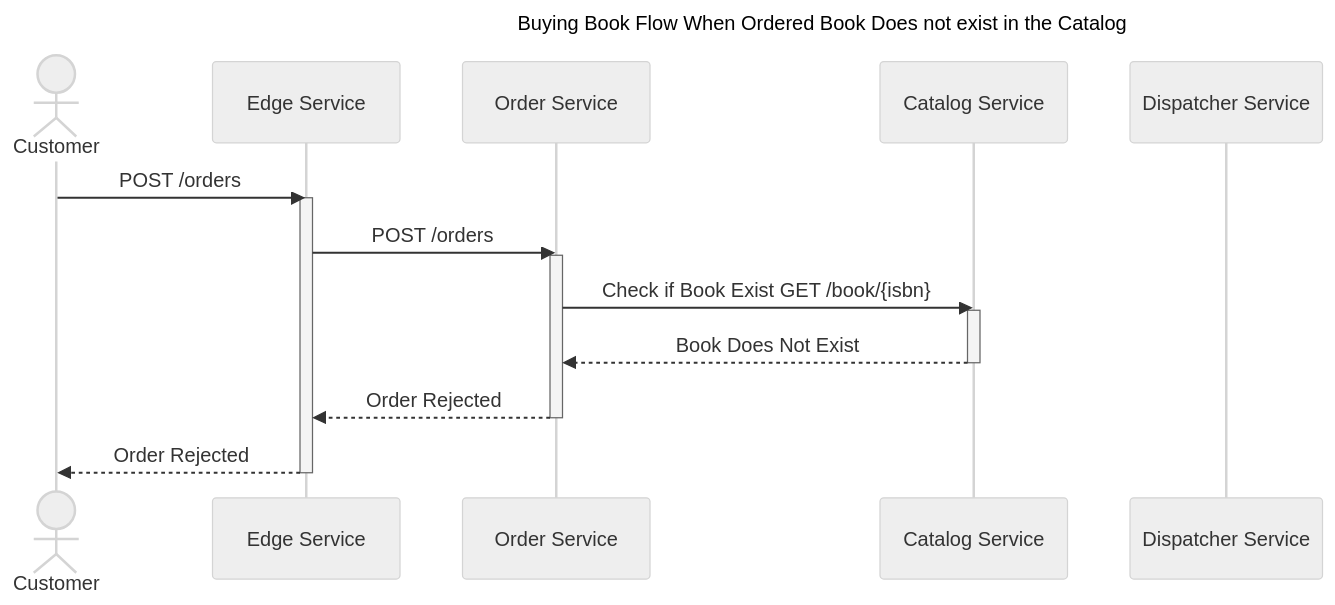
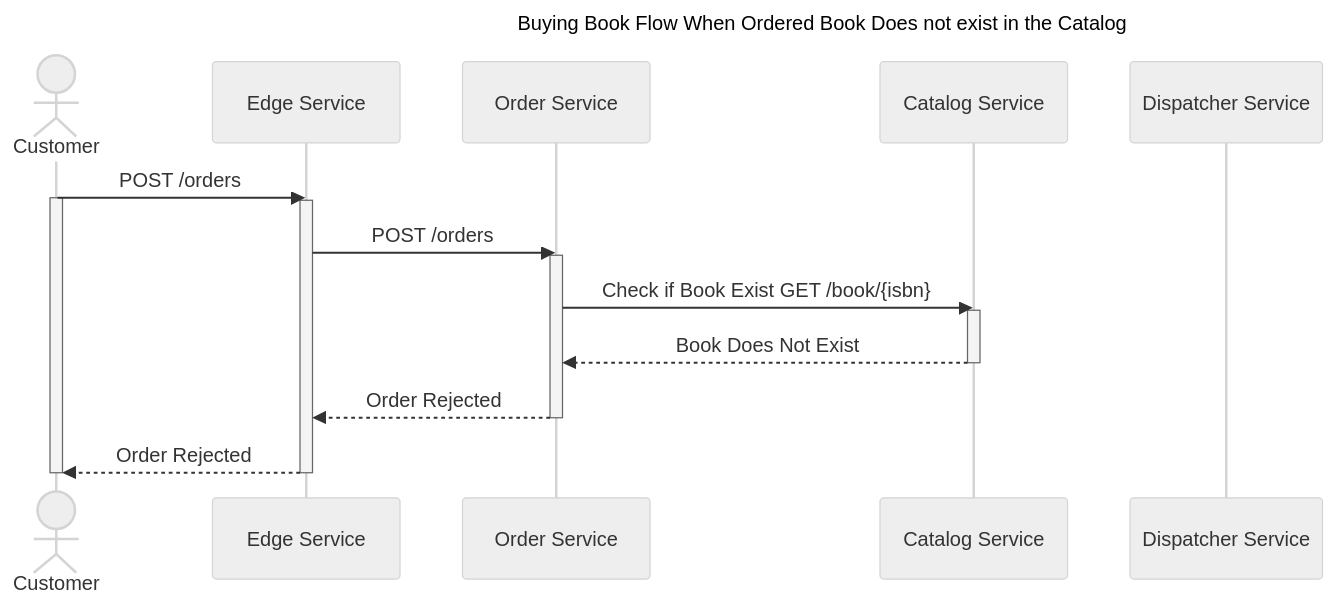
Before and after one commit to rajanjha786/Design-Docs: the third of 7 diagrams in README.md, drawn with Mermaid (neutral theme). The commit also changed other lines of this file, not shown here.

Commit message:
Added sequence diagram

````diff
--- a/README.md
+++ b/README.md
@@ -142,27 +144,29 @@
 ```mermaid
 ---
 title: Buying Book Flow When Ordered Book Does not exist in the Catalog
 ---
 
 sequenceDiagram
     actor C as Customer
     participant ES as Edge Service
     participant OS as Order Service
     participant CS as Catalog Service
     participant DS as Dispatcher Service
     
     C ->> ES: POST /orders
+    activate C
     activate ES
     ES ->> OS: POST /orders
     activate OS
     OS ->> CS: Check if Book Exist GET /book/{isbn}
     activate CS
     CS -->> OS: Book Does Not Exist
     deactivate CS
     OS -->> ES: Order Rejected
     deactivate OS
     ES -->>C: Order Rejected
     deactivate ES
+    deactivate C
       
     
 ```
````
